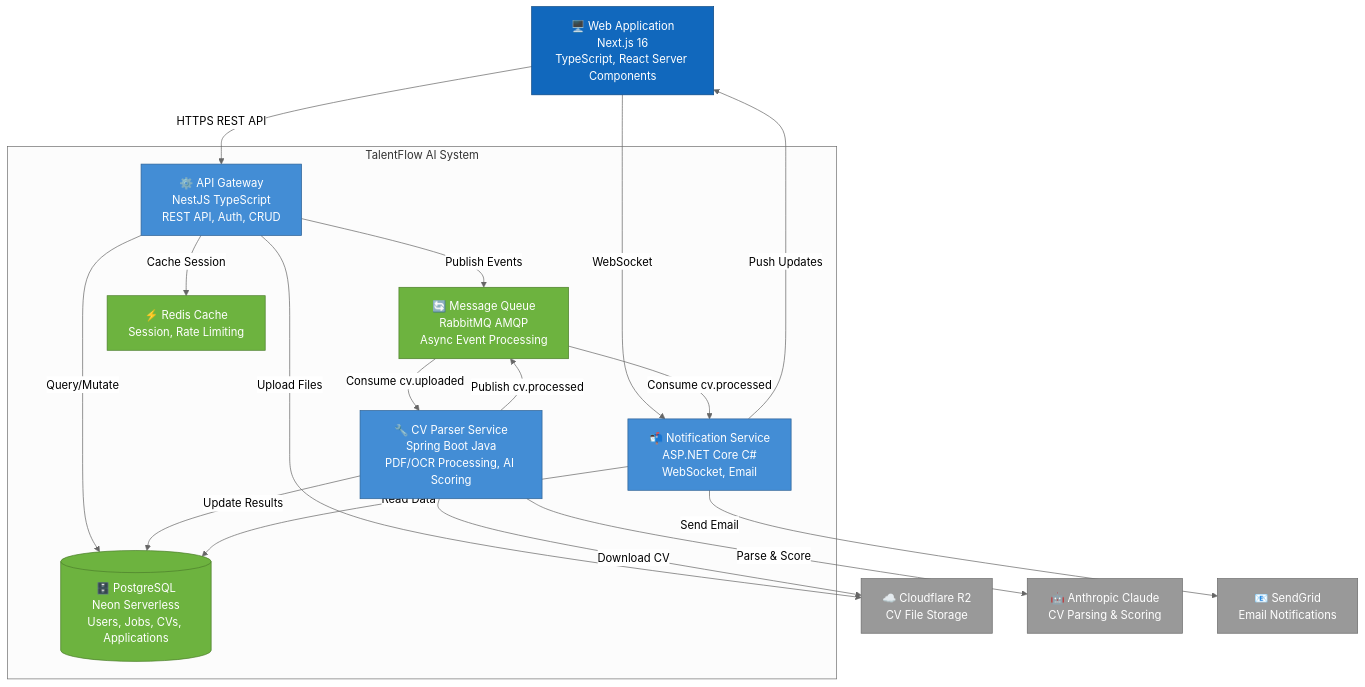
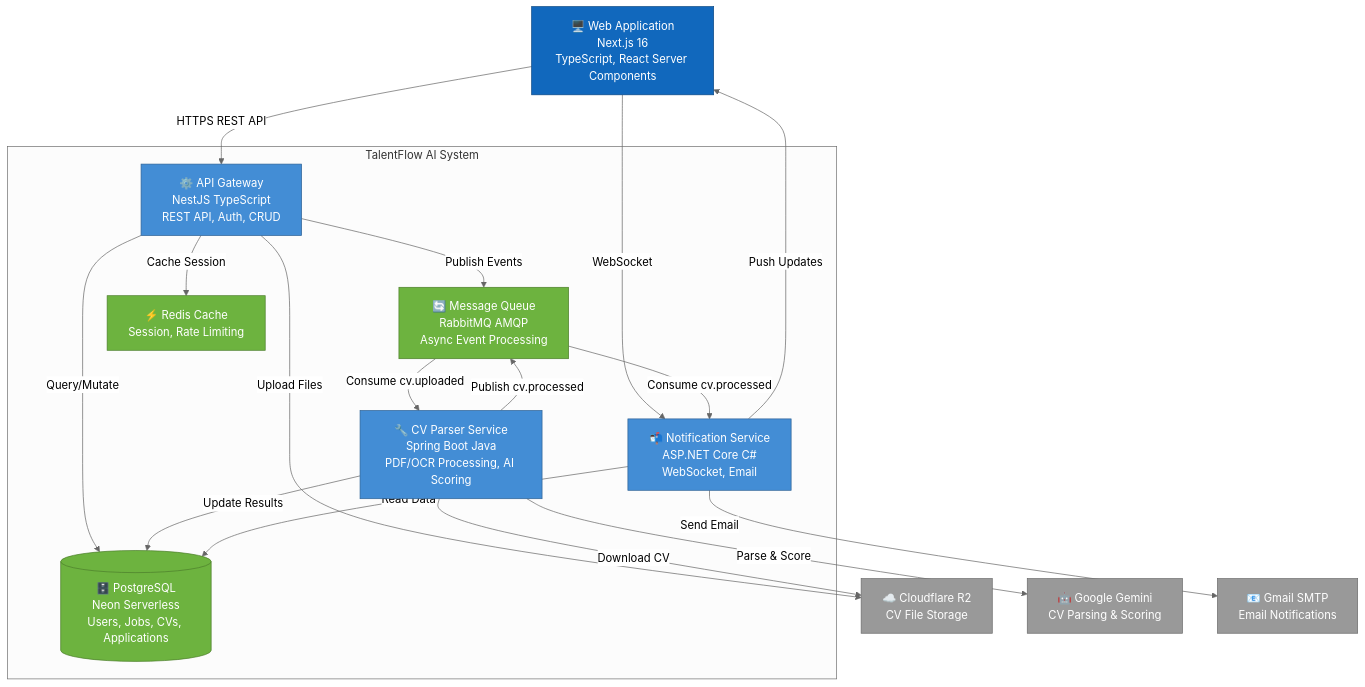
Before and after one commit to vuongng2212/TalentFlow-AI-Backend: the second of 2 diagrams in docs/SRS.md, drawn with Mermaid (neutral theme). The commit also changed other lines of this file and 2 other files, not shown here.

Commit message:
docs: update project summary, SRS, and ADR-009 with latest architecture and RabbitMQ details

````diff
--- a/docs/SRS.md
+++ b/docs/SRS.md
@@ -70,53 +70,53 @@
 ```mermaid
 graph TB
     %% Frontend
     Frontend[🖥️ Web Application<br/>Next.js 16<br/>TypeScript, React Server Components]
 
     %% Backend Services
     subgraph "TalentFlow AI System"
         APIGateway[⚙️ API Gateway<br/>NestJS TypeScript<br/>REST API, Auth, CRUD]
         CVParser[🔧 CV Parser Service<br/>Spring Boot Java<br/>PDF/OCR Processing, AI Scoring]
         Notification[📬 Notification Service<br/>ASP.NET Core C#<br/>WebSocket, Email]
 
         Database[(🗄️ PostgreSQL<br/>Neon Serverless<br/>Users, Jobs, CVs, Applications)]
         Queue[🔄 Message Queue<br/>RabbitMQ AMQP<br/>Async Event Processing]
         Cache[⚡ Redis Cache<br/>Session, Rate Limiting]
     end
 
     %% External Services
     R2[☁️ Cloudflare R2<br/>CV File Storage]
-    Claude[🤖 Anthropic Claude<br/>CV Parsing & Scoring]
-    SendGrid[📧 SendGrid<br/>Email Notifications]
+    Claude[🤖 Google Gemini<br/>CV Parsing & Scoring]
+    SendGrid[📧 Gmail SMTP<br/>Email Notifications]
 
     %% Relationships
     Frontend -->|HTTPS REST API| APIGateway
     Frontend -->|WebSocket| Notification
 
     APIGateway -->|Query/Mutate| Database
     APIGateway -->|Publish Events| Queue
     APIGateway -->|Upload Files| R2
     APIGateway -->|Cache Session| Cache
 
     Queue -->|Consume cv.uploaded| CVParser
     Queue -->|Consume cv.processed| Notification
 
     CVParser -->|Download CV| R2
     CVParser -->|Parse & Score| Claude
     CVParser -->|Update Results| Database
     CVParser -->|Publish cv.processed| Queue
 
     Notification -->|Send Email| SendGrid
     Notification -->|Push Updates| Frontend
     Notification -->|Read Data| Database
 
     %% Styling
     classDef frontend fill:#1168BD,stroke:#0B4884,color:#fff
     classDef service fill:#438DD5,stroke:#2E6295,color:#fff
     classDef storage fill:#6DB33F,stroke:#4D7F2C,color:#fff
     classDef external fill:#999999,stroke:#6B6B6B,color:#fff
 
     class Frontend frontend
     class APIGateway,CVParser,Notification service
     class Database,Queue,Cache storage
     class R2,Claude,SendGrid external
 ```
````
